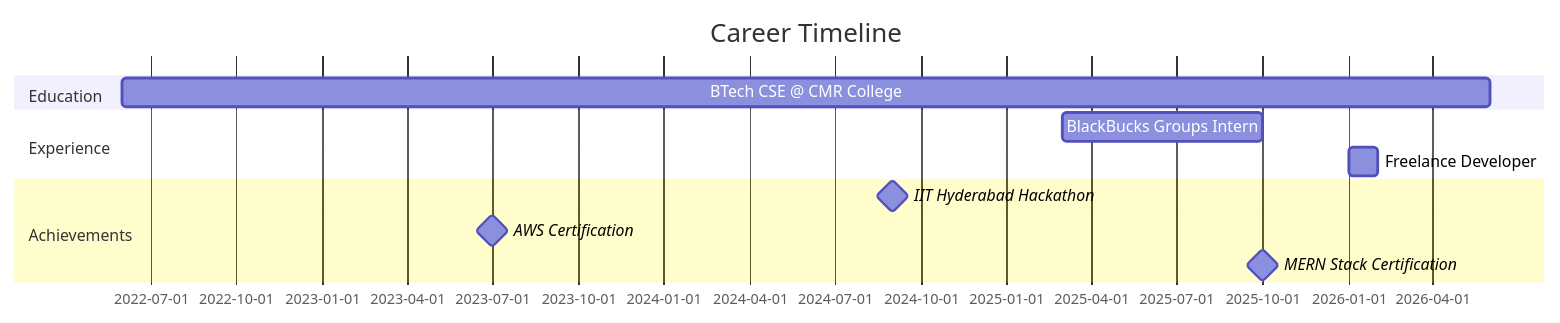
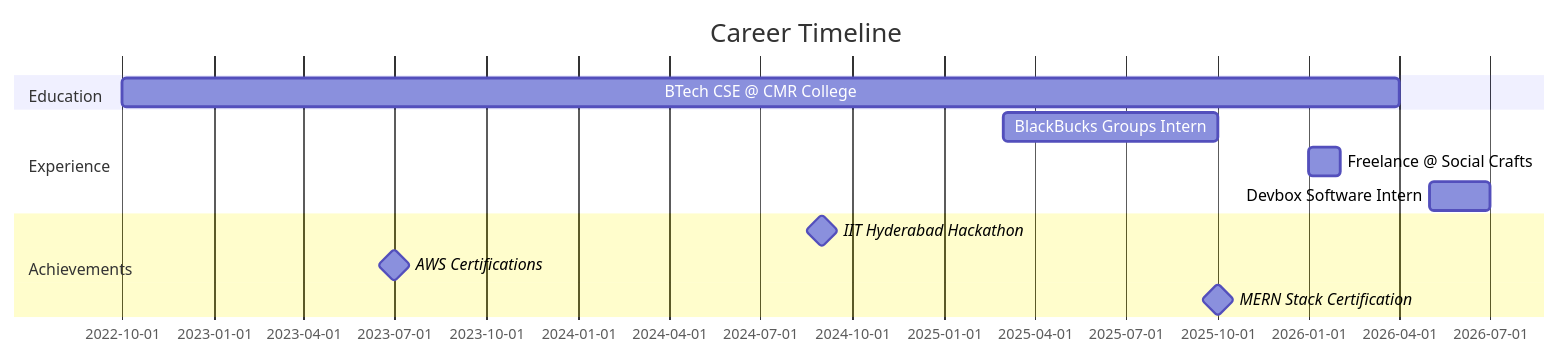
Before and after one commit to haarish73/haarish73: the diagram in README.md, drawn with Mermaid. The commit also changed other lines of this file, not shown here.

````diff
--- a/README.md
+++ b/README.md
@@ -211,14 +203,15 @@
 ```mermaid
 gantt
     title Career Timeline
     dateFormat YYYY-MM
     section Education
-    BTech CSE @ CMR College    :2022-06, 2026-06
+    BTech CSE @ CMR College        :2022-10, 2026-04
     section Experience
-    BlackBucks Groups Intern   :2025-03, 2025-10
-    Freelance Developer        :2026-01, 2026-02
+    BlackBucks Groups Intern       :2025-03, 2025-10
+    Freelance @ Social Crafts      :2026-01, 2026-02
+    Devbox Software Intern         :2026-05, 2026-07
     section Achievements
-    IIT Hyderabad Hackathon    :milestone, 2024-09, 0d
-    AWS Certification          :milestone, 2023-07, 0d
-    MERN Stack Certification   :milestone, 2025-10, 0d
+    IIT Hyderabad Hackathon        :milestone, 2024-09, 0d
+    AWS Certifications             :milestone, 2023-07, 0d
+    MERN Stack Certification       :milestone, 2025-10, 0d
 ```
````
